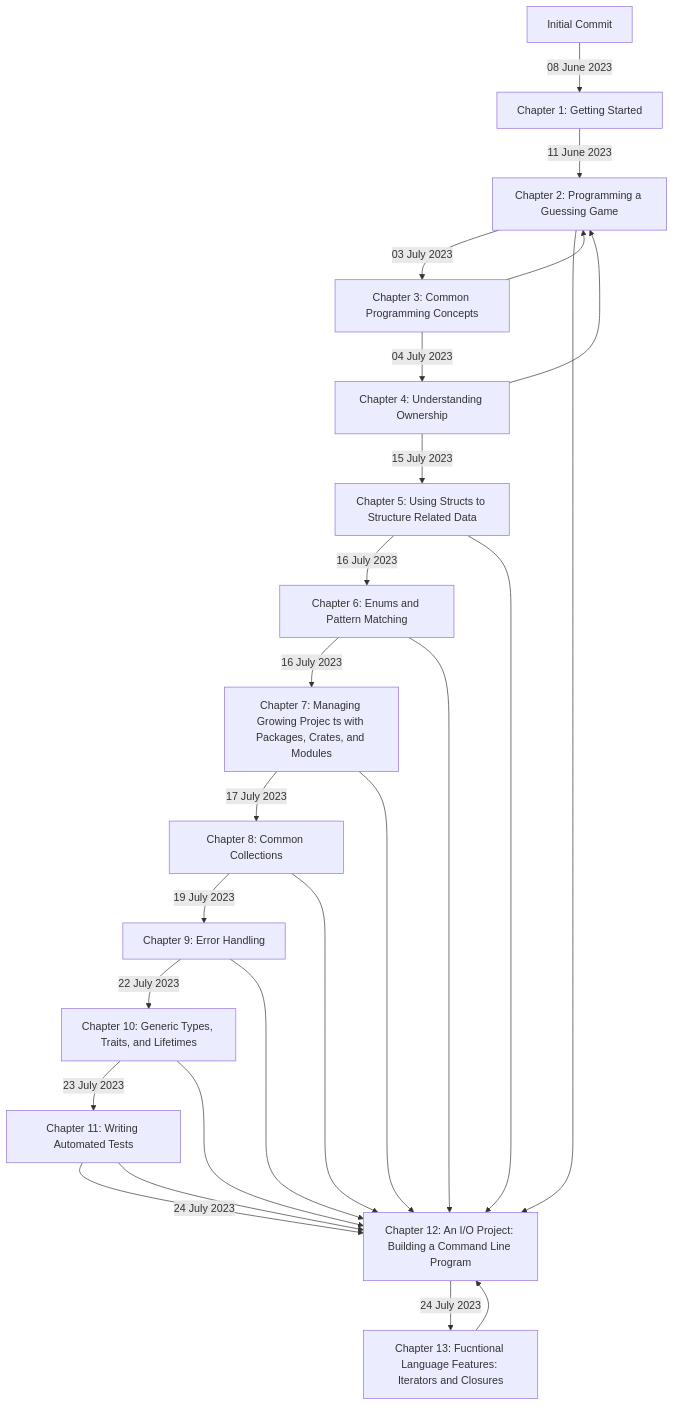
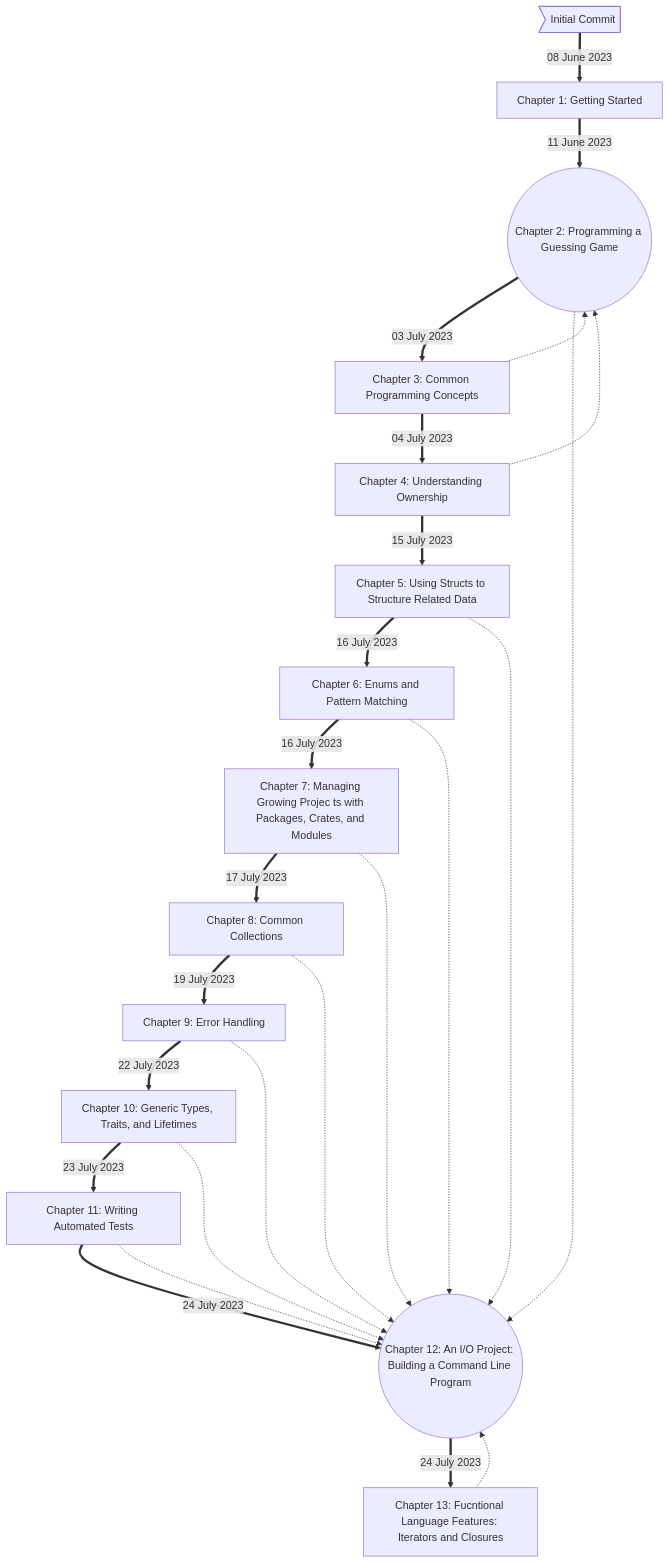
Before and after one commit to c4collins/the-rust-programming-language-rust-2021: the diagram in README.md, drawn with Mermaid.

Commit message:
Updated README
Added line and node styles

````diff
--- a/README.md
+++ b/README.md
@@ -33,27 +33,27 @@
 ```mermaid 
 flowchart TD
-    0[Initial Commit] -- 08 June 2023 --> 1[Chapter 1: Getting Started]
-    1 -- 11 June 2023 --> 2[Chapter 2: Programming a Guessing Game]
-    2 -- 03 July 2023 --> 3[Chapter 3: Common Programming Concepts]
-    3 --> 2
-    3 -- 04 July 2023 --> 4[Chapter 4: Understanding Ownership]
-    4 --> 2
-    4 -- 15 July 2023 --> 5[Chapter 5: Using Structs to Structure Related Data]
-    5 -- 16 July 2023--> 6[Chapter 6: Enums and Pattern Matching]
-    6 -- 16 July 2023 --> 7[Chapter 7: Managing Growing Projec ts with Packages, Crates, and Modules]
-    7 -- 17 July 2023 --> 8[Chapter 8: Common Collections]
-    8 -- 19 July 2023 --> 9[Chapter 9: Error Handling]
-    9 -- 22 July 2023 --> 10[Chapter 10: Generic Types, Traits, and Lifetimes]
-    10 -- 23 July 2023 --> 11[Chapter 11: Writing Automated Tests]
-    11 -- 24 July 2023 --> 12[Chapter 12: An I/O Project: Building a Command Line Program]
-    2 --> 12
-    5 --> 12
-    6 --> 12
-    7 --> 12
-    8 --> 12
-    9 --> 12
-    10 --> 12
-    11 --> 12
-    12 -- 24 July 2023 --> 13[Chapter 13: Fucntional Language Features: Iterators and Closures]
-    13 --> 12
+    0>Initial Commit] == 08 June 2023 ==> 1[Chapter 1: Getting Started]
+    1 == 11 June 2023 ==> 2((Chapter 2: Programming a Guessing Game))
+    2 == 03 July 2023 ==> 3[Chapter 3: Common Programming Concepts]
+    3 -.-> 2
+    3 == 04 July 2023 ==> 4[Chapter 4: Understanding Ownership]
+    4 -.-> 2
+    4 == 15 July 2023 ==> 5[Chapter 5: Using Structs to Structure Related Data]
+    5 == 16 July 2023 ==> 6[Chapter 6: Enums and Pattern Matching]
+    6 == 16 July 2023 ==> 7[Chapter 7: Managing Growing Projec ts with Packages, Crates, and Modules]
+    7 == 17 July 2023 ==> 8[Chapter 8: Common Collections]
+    8 == 19 July 2023 ==> 9[Chapter 9: Error Handling]
+    9 == 22 July 2023 ==> 10[Chapter 10: Generic Types, Traits, and Lifetimes]
+    10 == 23 July 2023 ==> 11[Chapter 11: Writing Automated Tests]
+    11 == 24 July 2023 ==> 12((Chapter 12: An I/O Project: Building a Command Line Program))
+    2 -.-> 12
+    5 -.-> 12
+    6 -.-> 12
+    7 -.-> 12
+    8 -.-> 12
+    9 -.-> 12
+    10 -.-> 12
+    11 -.-> 12
+    12 == 24 July 2023 ==> 13[Chapter 13: Fucntional Language Features: Iterators and Closures]
+    13 -.-> 12
 ```
````
